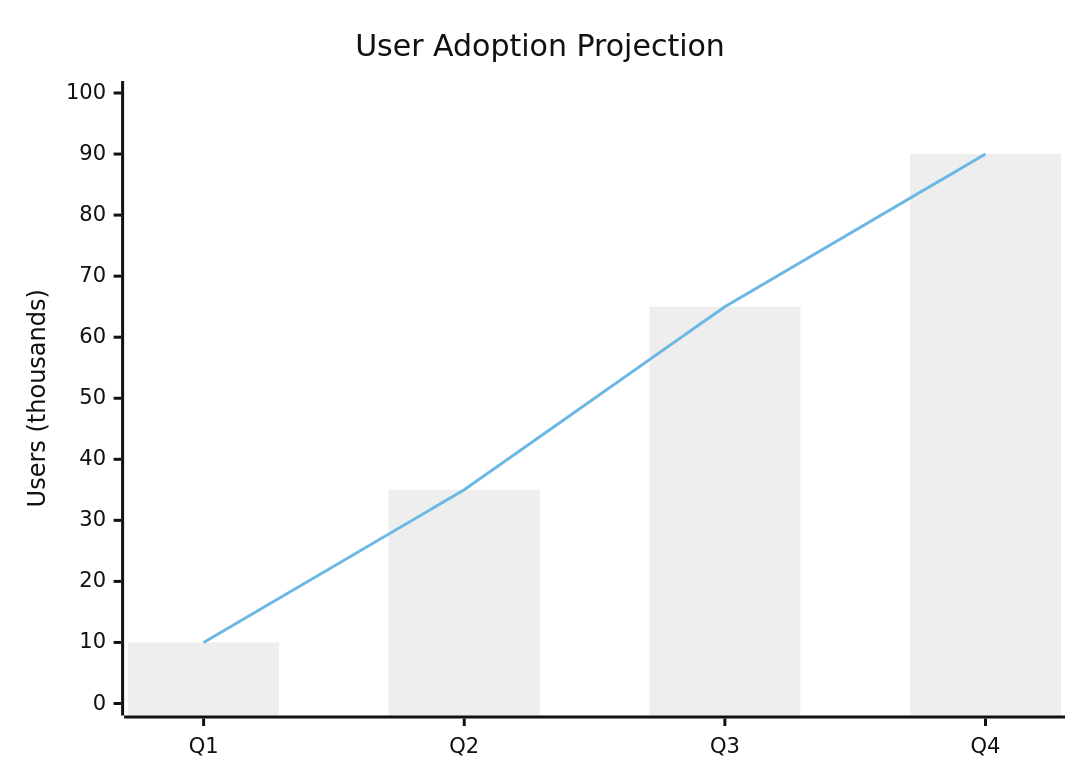
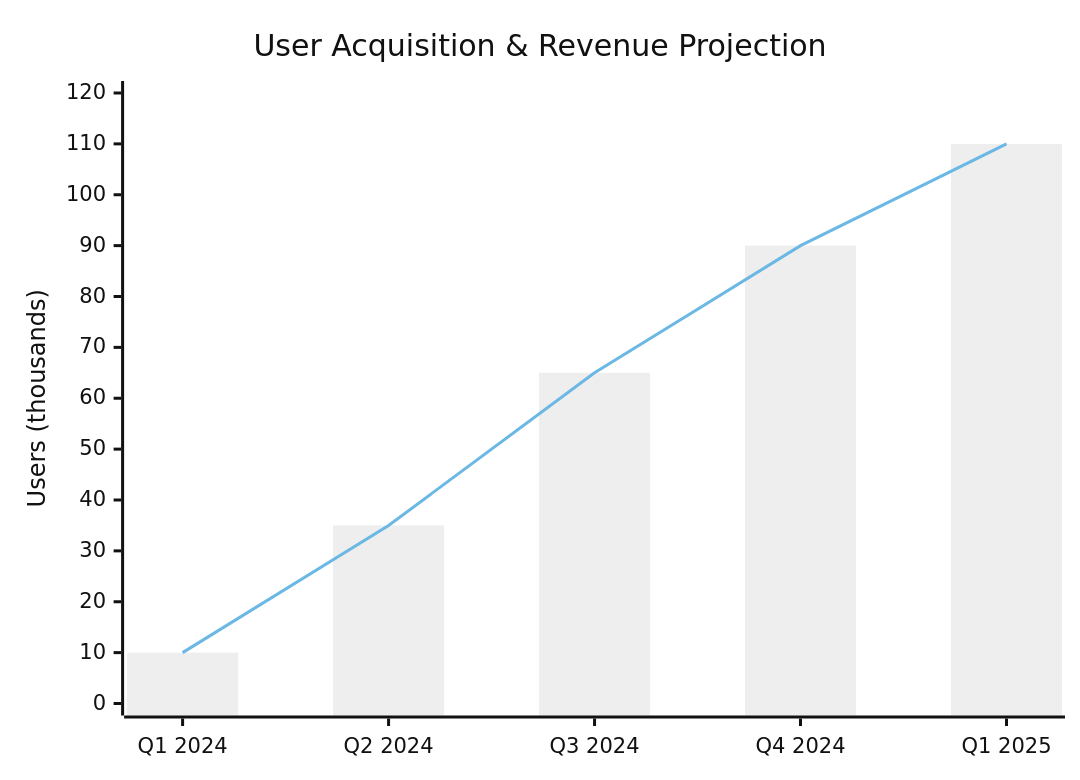
One commit to Iceman-Dann/Medly changed diagram 15 of 18 in README.md. Above: the diagram before and after it, drawn with Mermaid (neutral theme). The commit also changed other lines of this file, not shown here.

Commit message:
Fix broken charts and create advanced informative visualizations

````diff
--- a/README.md
+++ b/README.md
@@ -219,8 +229,8 @@
 ```mermaid
 xychart-beta
-    title "User Adoption Projection"
-    x-axis ["Q1", "Q2", "Q3", "Q4"]
-    y-axis "Users (thousands)" 0 --> 100
-    bar [10, 35, 65, 90]
-    line [10, 35, 65, 90]
+    title "User Acquisition & Revenue Projection"
+    x-axis ["Q1 2024", "Q2 2024", "Q3 2024", "Q4 2024", "Q1 2025"]
+    y-axis "Users (thousands)" 0 --> 120
+    bar [10, 35, 65, 90, 110]
+    line [10, 35, 65, 90, 110]
 ```
````
